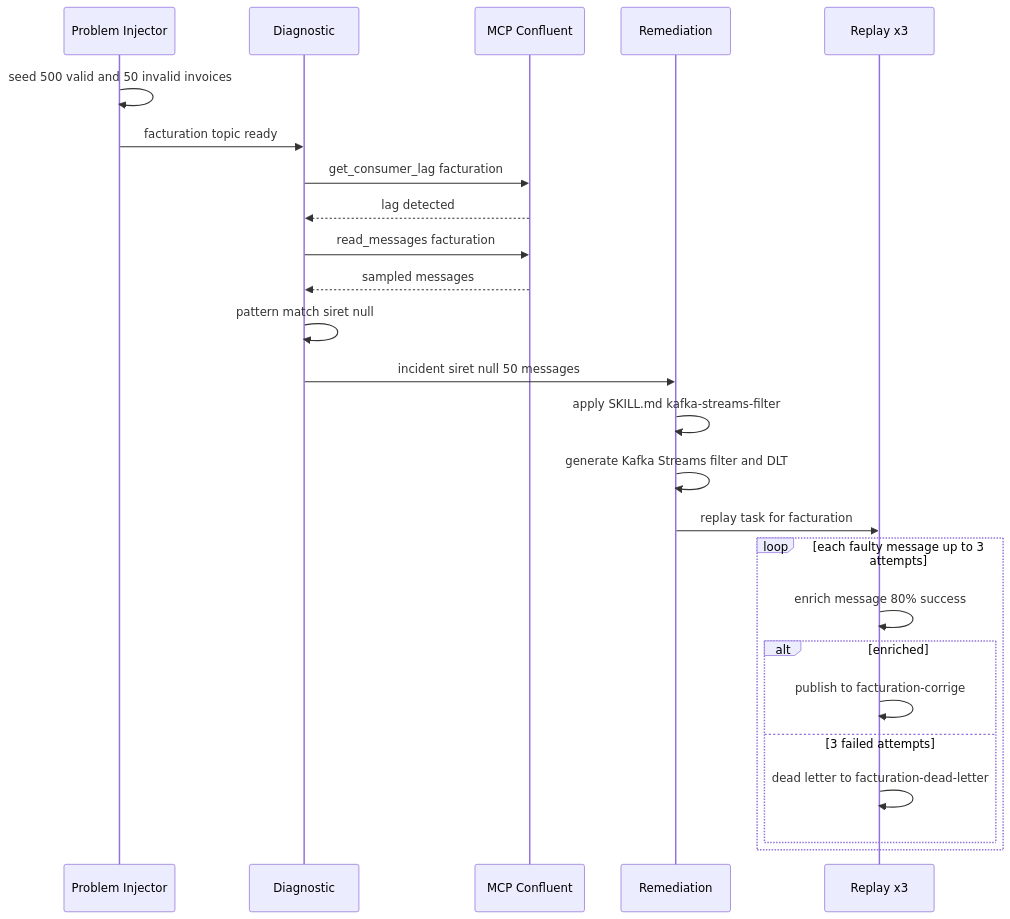
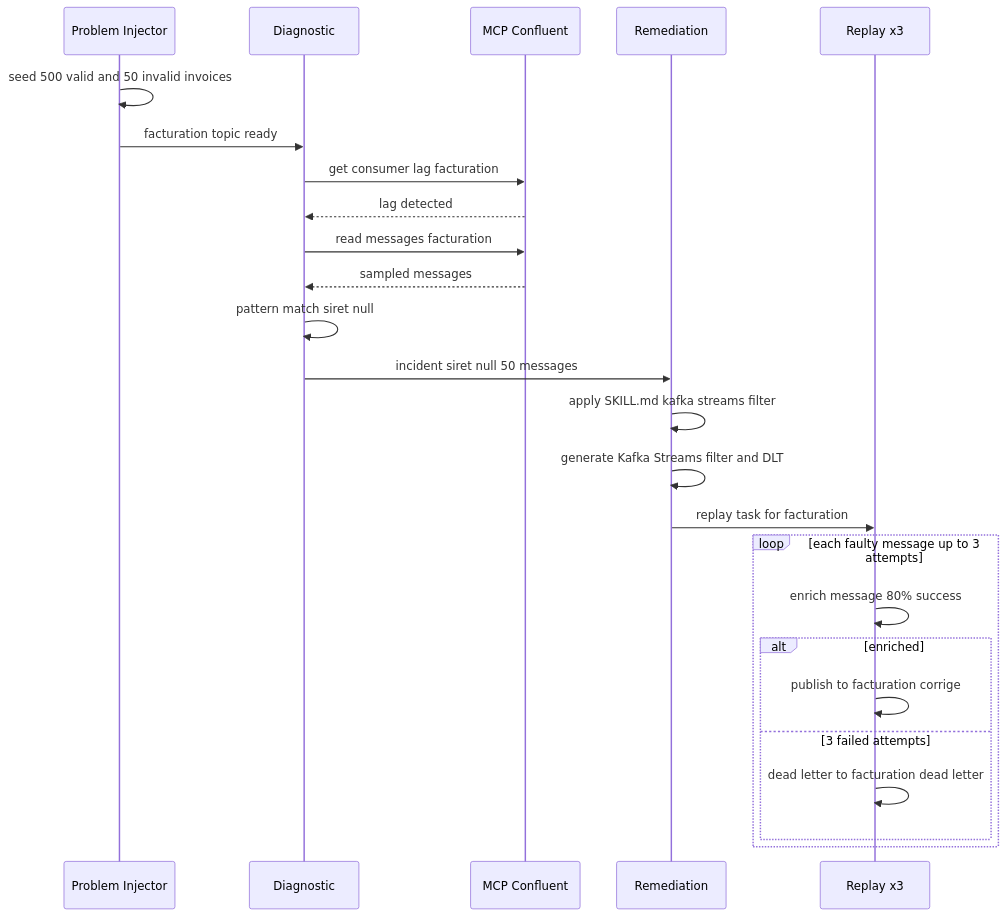
The second of 3 diagrams in README.md (arabaaoui/kafka-ops-agents), drawn with Mermaid before and after one commit. The commit also changed other lines of this file, not shown here.

Commit message:
fix: all mermaid diagrams cleaned for GitHub compatibility by Claude Code

````diff
--- a/README.md
+++ b/README.md
@@ -40,28 +40,28 @@
 ```mermaid
 sequenceDiagram
     participant PI as Problem Injector
     participant D as Diagnostic
     participant M as MCP Confluent
     participant R as Remediation
     participant P as Replay x3
 
     PI->>PI: seed 500 valid and 50 invalid invoices
     PI->>D: facturation topic ready
-    D->>M: get_consumer_lag facturation
+    D->>M: get consumer lag facturation
     M-->>D: lag detected
-    D->>M: read_messages facturation
+    D->>M: read messages facturation
     M-->>D: sampled messages
     D->>D: pattern match siret null
     D->>R: incident siret null 50 messages
-    R->>R: apply SKILL.md kafka-streams-filter
+    R->>R: apply SKILL.md kafka streams filter
     R->>R: generate Kafka Streams filter and DLT
     R->>P: replay task for facturation
     loop each faulty message up to 3 attempts
         P->>P: enrich message 80% success
         alt enriched
-            P->>P: publish to facturation-corrige
+            P->>P: publish to facturation corrige
         else 3 failed attempts
-            P->>P: dead letter to facturation-dead-letter
+            P->>P: dead letter to facturation dead letter
         end
     end
 ```
````
